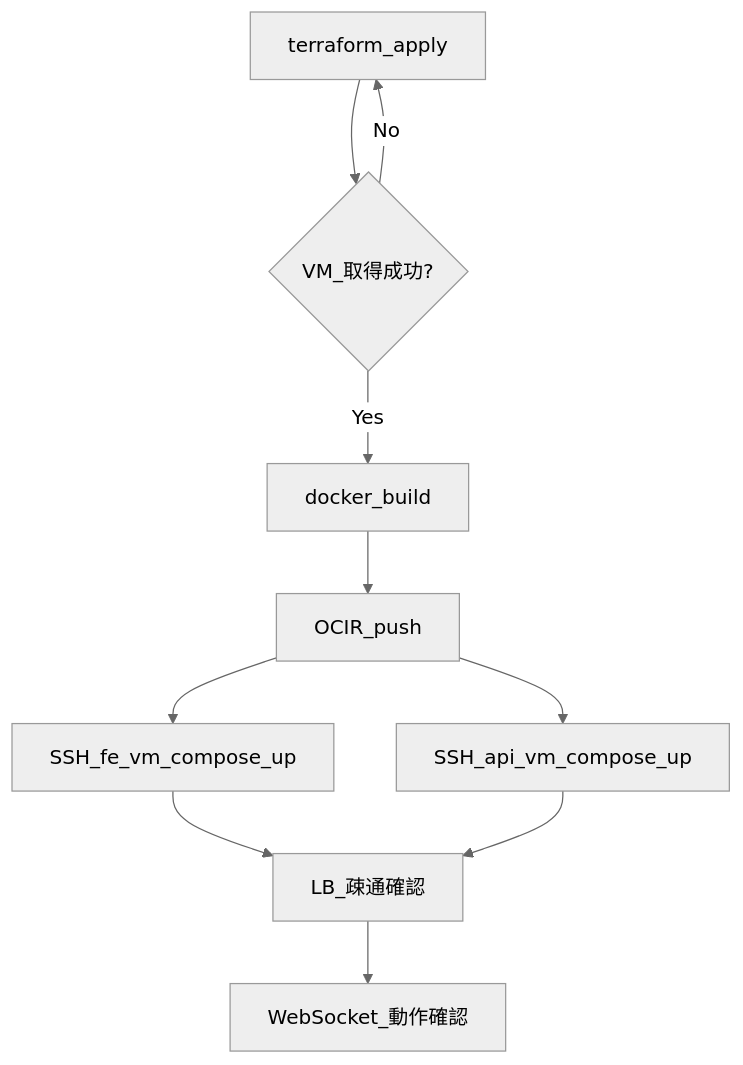
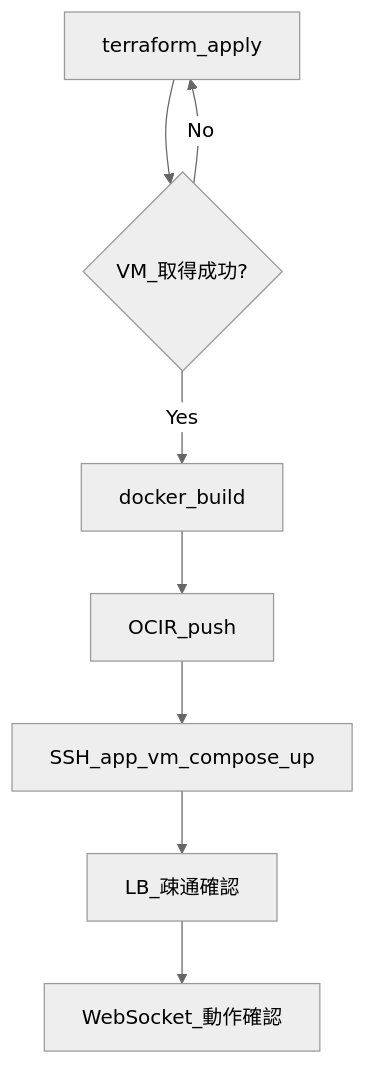
Before and after one commit to rikuto-web/event-app: the fifth of 5 diagrams in docs/07-architecture.md, drawn with Mermaid (neutral theme). The commit also changed other lines of this file and 15 other files, not shown here.

````diff
--- a/docs/07-architecture.md
+++ b/docs/07-architecture.md
@@ -370,12 +357,10 @@
 ```mermaid
 flowchart TD
   A[terraform_apply] --> B{VM_取得成功?}
   B -->|No| A
   B -->|Yes| C[docker_build]
   C --> D[OCIR_push]
-  D --> E1[SSH_fe_vm_compose_up]
-  D --> E2[SSH_api_vm_compose_up]
-  E1 --> F[LB_疎通確認]
-  E2 --> F
+  D --> E[SSH_app_vm_compose_up]
+  E --> F[LB_疎通確認]
   F --> G[WebSocket_動作確認]
 ```
````
